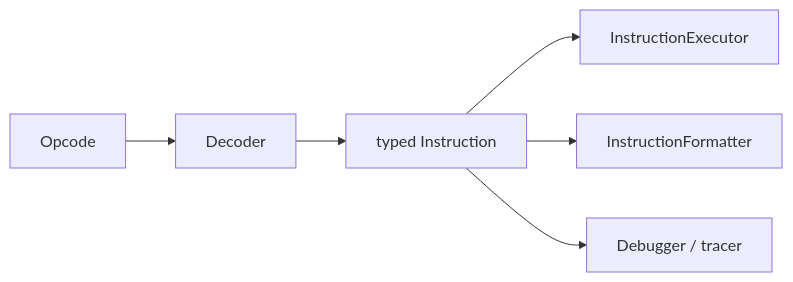
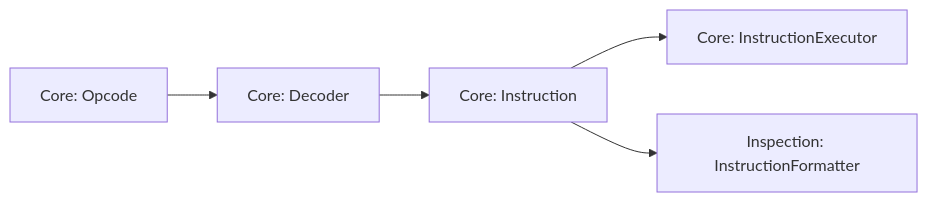
The diagram in docs/architecture/instruction-execution.md (fa-ribeiro/Chip8NX), drawn with Mermaid before and after one commit. The commit also changed other lines of this file and 12 other files, not shown here.

Commit message:
refactor: extract passive inspection tooling from core

````diff
--- a/docs/architecture/instruction-execution.md
+++ b/docs/architecture/instruction-execution.md
@@ -347,9 +347,8 @@
 ```mermaid
 flowchart LR
-    Opcode["Opcode"] --> Decoder["Decoder"]
-    Decoder --> Instruction["typed Instruction"]
+    Opcode["Core: Opcode"] --> Decoder["Core: Decoder"]
+    Decoder --> Instruction["Core: Instruction"]
 
-    Instruction --> Executor["InstructionExecutor"]
-    Instruction --> Formatter["InstructionFormatter"]
-    Instruction --> Future["Debugger / tracer"]
+    Instruction --> Executor["Core: InstructionExecutor"]
+    Instruction --> Formatter["Inspection: InstructionFormatter"]
 ```
````
